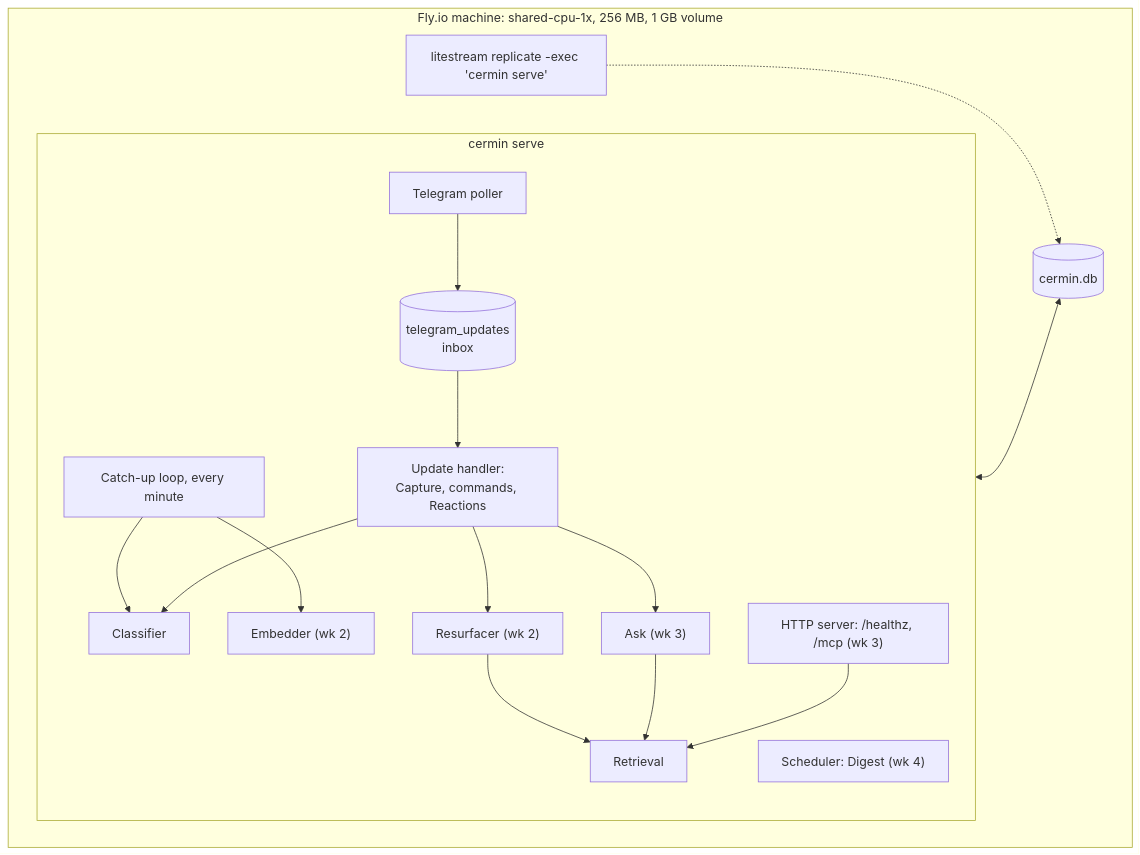
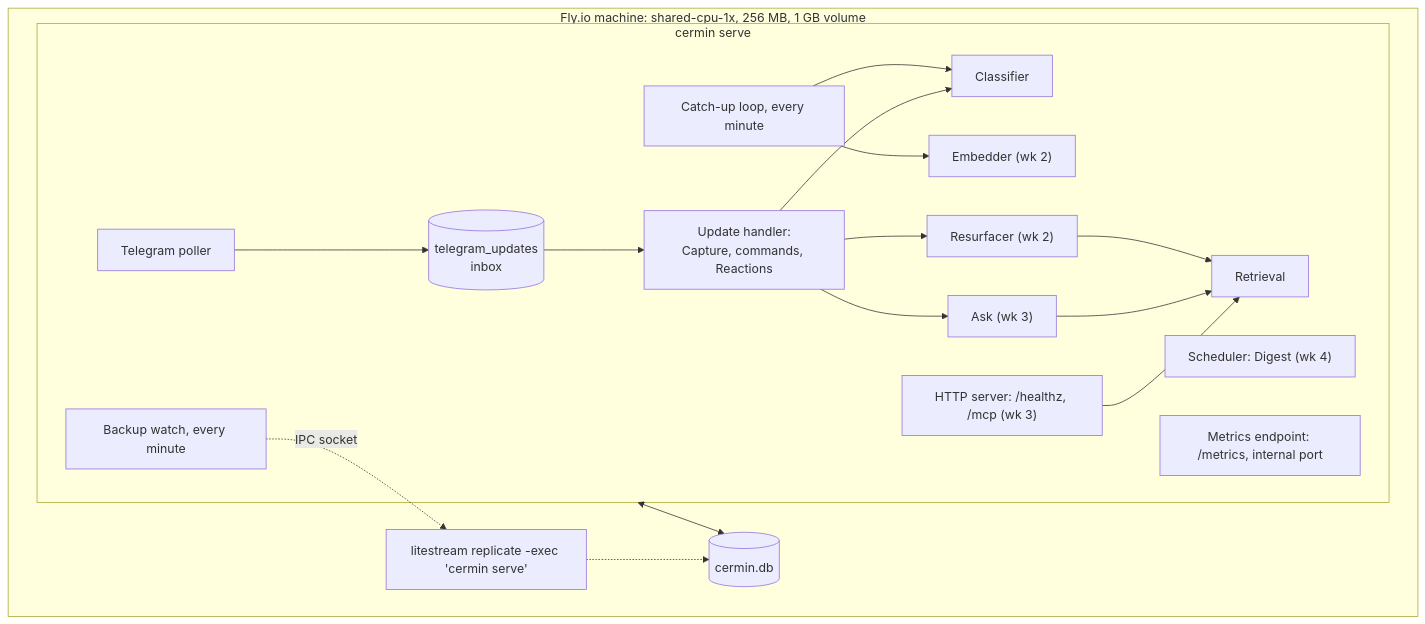
The second of 4 diagrams in docs/design/high-level-design.md (Arkoes07/cermin), drawn with Mermaid before and after one commit. The commit also changed other lines of this file and 2 other files, not shown here.

First line of the commit message:
Monitoring: Fly's Prometheus, saved SQL, one backup alert

````diff
--- a/docs/design/high-level-design.md
+++ b/docs/design/high-level-design.md
@@ -72,22 +73,25 @@
 ```mermaid
 flowchart TB
     subgraph fly["Fly.io machine: shared-cpu-1x, 256 MB, 1 GB volume"]
         ls["litestream replicate -exec 'cermin serve'"]
         subgraph app["cermin serve"]
             poller["Telegram poller"] --> inbox[("telegram_updates<br/>inbox")]
             inbox --> handler["Update handler:<br/>Capture, commands, Reactions"]
             handler --> classifier["Classifier"]
             catchup["Catch-up loop, every minute"] --> classifier
             catchup --> embedder["Embedder (wk 2)"]
             handler --> resurfacer["Resurfacer (wk 2)"]
             handler --> asker["Ask (wk 3)"]
             http["HTTP server: /healthz, /mcp (wk 3)"] --> retrieval["Retrieval"]
             asker --> retrieval
             resurfacer --> retrieval
             scheduler["Scheduler: Digest (wk 4)"]
+            metrics["Metrics endpoint: /metrics, internal port"]
+            watch["Backup watch, every minute"]
         end
         vol[("cermin.db")]
         ls -.-> vol
+        watch -.->|IPC socket| ls
         app <--> vol
     end
 ```
````
